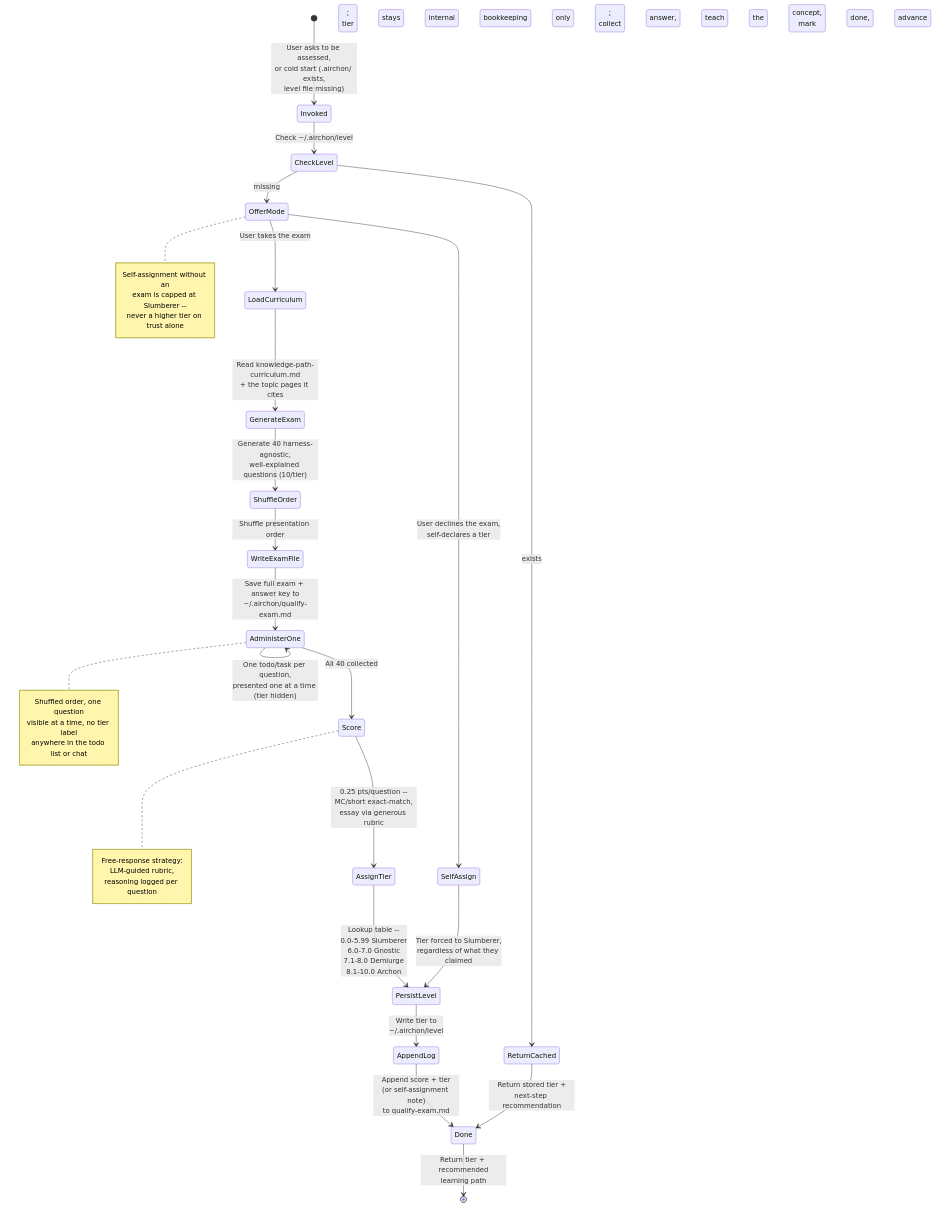
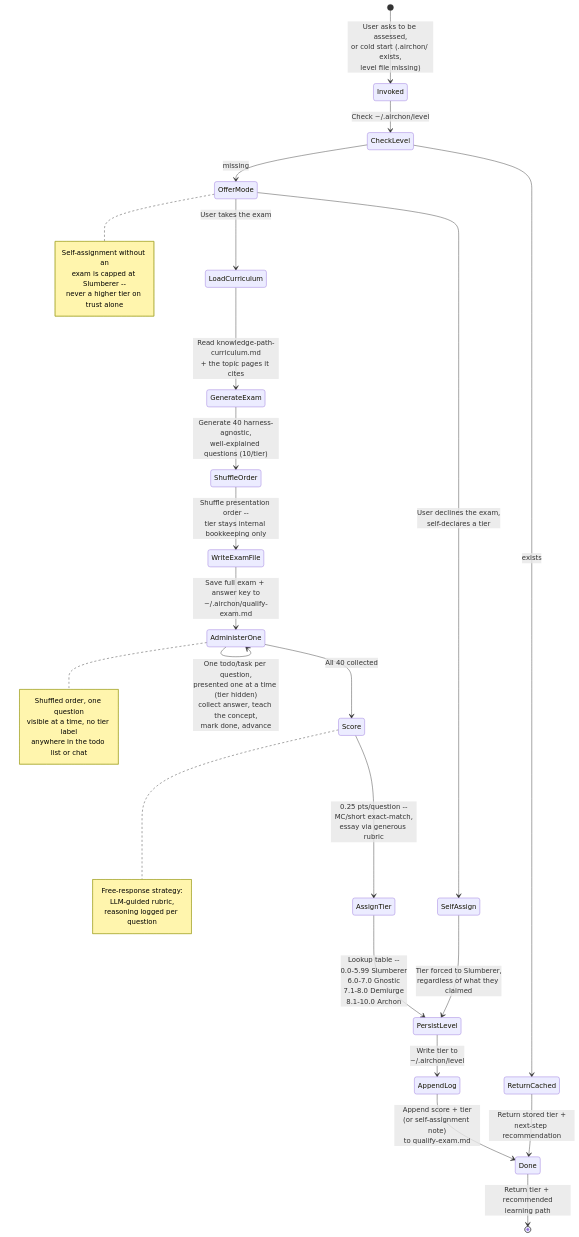
One commit to sfernandezplain/AIrchon changed the diagram in resources/airchon-teacher/classification-flow.md. Above: the diagram before and after it, drawn with Mermaid. The commit also changed 2 other files, not shown here.

Commit message:
Fix mermaid render failure: semicolons inside stateDiagram-v2 edge labels
The operator hit a live render failure on course-delivery-flow.md's
own diagram: "Lexical error on line 42. Unrecognized text." Root
cause: a raw ";" inside an edge label's text -- mermaid's
stateDiagram-v2 grammar treats ";" as a statement terminator even
inside label text, so everything on the line after it became
unparseable garbage.

Swept the whole agent/resource file set for the same pattern rather
than patching only the reported line: found two more instances, both
pre-existing in classification-flow.md's Core Workflow diagram
(unchanged content, just relocated there by the router split earlier
today). Replaced each embedded ";" with "--" or a line break,
preserving the label's meaning. Verified with a repo-wide grep that no
"--> ... ;" pattern remains in any mermaid block.

````diff
--- a/resources/airchon-teacher/classification-flow.md
+++ b/resources/airchon-teacher/classification-flow.md
@@ -25,51 +25,51 @@
 ```mermaid
 stateDiagram-v2
     [*] --> Invoked: User asks to be assessed,<br/>or cold start (.airchon/ exists,<br/>level file missing)
 
     Invoked --> CheckLevel: Check ~/.airchon/level
 
     CheckLevel --> ReturnCached: exists
     CheckLevel --> OfferMode: missing
 
     OfferMode --> SelfAssign: User declines the exam,<br/>self-declares a tier
     OfferMode --> LoadCurriculum: User takes the exam
 
     SelfAssign --> PersistLevel: Tier forced to Slumberer,<br/>regardless of what they claimed
 
     ReturnCached --> Done: Return stored tier +<br/>next-step recommendation
 
     LoadCurriculum --> GenerateExam: Read knowledge-path-curriculum.md<br/>+ the topic pages it cites
     GenerateExam --> ShuffleOrder: Generate 40 harness-agnostic,<br/>well-explained questions (10/tier)
-    ShuffleOrder --> WriteExamFile: Shuffle presentation order;<br/>tier stays internal bookkeeping only
+    ShuffleOrder --> WriteExamFile: Shuffle presentation order --<br/>tier stays internal bookkeeping only
     WriteExamFile --> AdministerOne: Save full exam + answer key to<br/>~/.airchon/qualify-exam.md
 
-    AdministerOne --> AdministerOne: One todo/task per question,<br/>presented one at a time (tier hidden);<br/>collect answer, teach the concept,<br/>mark done, advance
+    AdministerOne --> AdministerOne: One todo/task per question,<br/>presented one at a time (tier hidden)<br/>collect answer, teach the concept,<br/>mark done, advance
     AdministerOne --> Score: All 40 collected
 
     Score --> AssignTier: 0.25 pts/question --<br/>MC/short exact-match,<br/>essay via generous rubric
 
     AssignTier --> PersistLevel: Lookup table --<br/>0.0-5.99 Slumberer<br/>6.0-7.0 Gnostic<br/>7.1-8.0 Demiurge<br/>8.1-10.0 Archon
 
     PersistLevel --> AppendLog: Write tier to<br/>~/.airchon/level
     AppendLog --> Done: Append score + tier<br/>(or self-assignment note)<br/>to qualify-exam.md
 
     Done --> [*]: Return tier + recommended<br/>learning path
 
     note right of OfferMode
         Self-assignment without an
         exam is capped at Slumberer --
         never a higher tier on trust alone
     end note
 
     note right of AdministerOne
         Shuffled order, one question
         visible at a time, no tier label
         anywhere in the todo list or chat
     end note
 
     note right of Score
         Free-response strategy:
         LLM-guided rubric,
         reasoning logged per question
     end note
 ```
````
